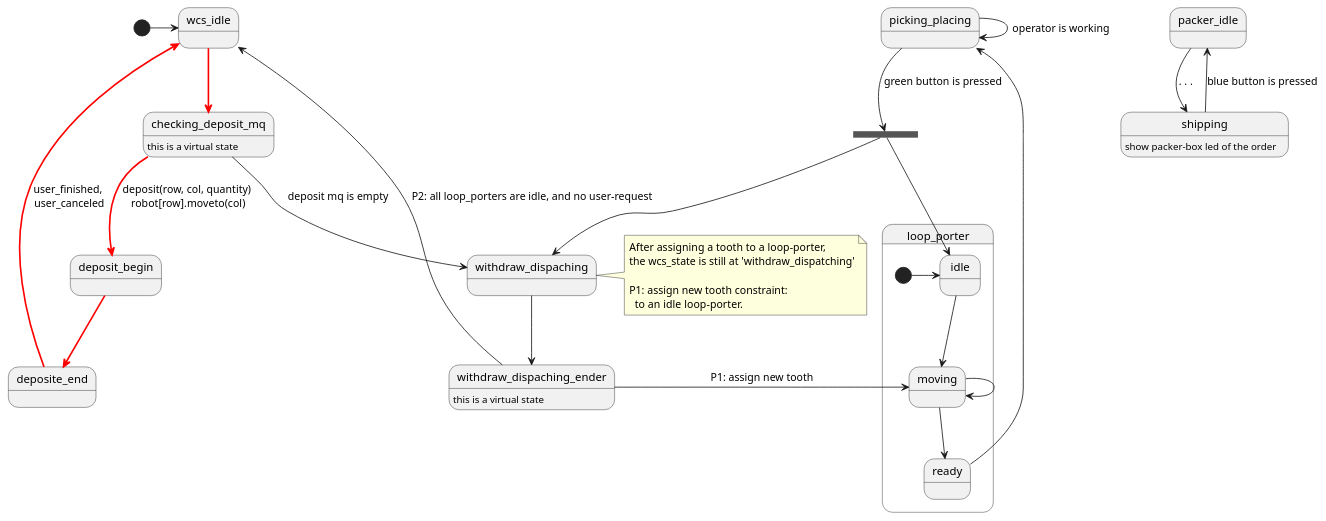
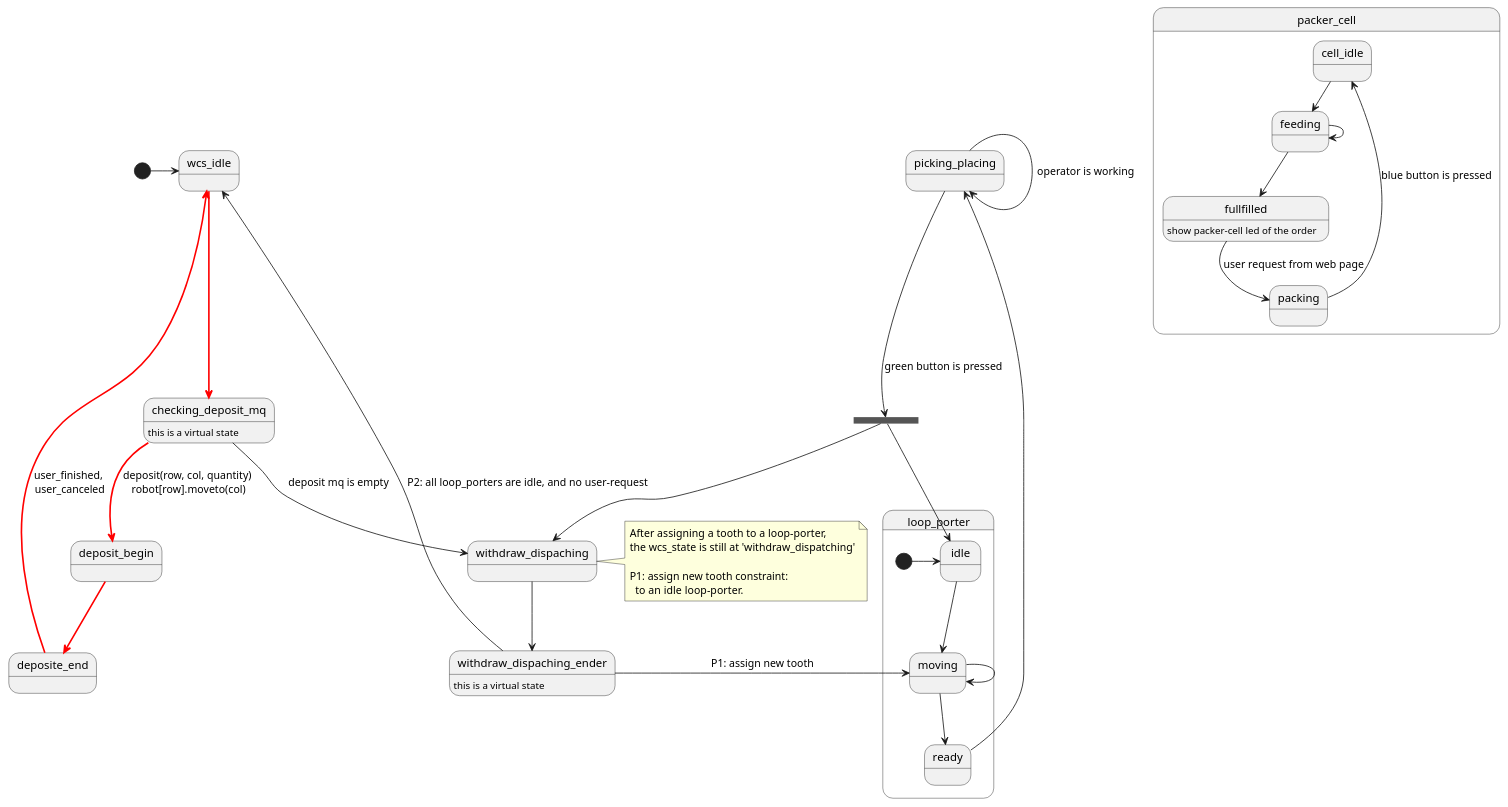
The diagram in apps/twh2/docs/wcs_state_machine.puml (voicevon/gobot_front), drawn with PlantUML before and after one commit. The commit also changed 4 other files, not shown here.

Commit message:
reset packer-cell via queue

```diff
--- a/apps/twh2/docs/wcs_state_machine.puml
+++ b/apps/twh2/docs/wcs_state_machine.puml
@@ -1,44 +1,49 @@
 @startuml
 [*] -> wcs_idle
 
 wcs_idle-[#red,bold]-> checking_deposit_mq
 checking_deposit_mq -[#red,bold]-> deposit_begin: deposit(row, col, quantity) \nrobot[row].moveto(col)
 deposit_begin -[#red,bold]-> deposite_end
 deposite_end -[#red,bold]->wcs_idle: user_finished, \nuser_canceled
 
 checking_deposit_mq --> withdraw_dispaching: deposit mq is empty
 checking_deposit_mq: this is a virtual state
   state loop_porter {
     [*] -> idle 
     idle --> moving
     moving -> moving
     moving --> ready
   }
   
 ' checking_withdraw_request --> moving
 state ending <<fork>>
 ready-->picking_placing
 picking_placing -> picking_placing: operator is working
 picking_placing --> ending:  green button is pressed
 ending --> idle
 ending --> withdraw_dispaching
 withdraw_dispaching --> withdraw_dispaching_ender
 withdraw_dispaching_ender --> moving: P1: assign new tooth
 withdraw_dispaching_ender -->  wcs_idle:  P2: all loop_porters are idle, and no user-request
 withdraw_dispaching_ender: this is a virtual state
 ' checking_withdraw_request --> wcs_idle: request is empty
 ' checking_withdraw_request --> withdraw_begin: withdraw(list(row,col))
 ' withdraw_begin -->  withdraw_end: green button is pressed
 
 note right of withdraw_dispaching
   After assigning a tooth to a loop-porter, 
   the wcs_state is still at 'withdraw_dispatching'
 
   P1: assign new tooth constraint: 
     to an idle loop-porter.
 end note
 
-packer_idle --> shipping: . . .
-shipping --> packer_idle: blue button is pressed
-shipping: show packer-box led of the order
+state packer_cell{
+  cell_idle --> feeding
+  feeding --> feeding
+  feeding --> fullfilled
+  fullfilled --> packing: user request from web page
+  packing --> cell_idle: blue button is pressed
+  fullfilled: show packer-cell led of the order
+}
 @enduml
```
